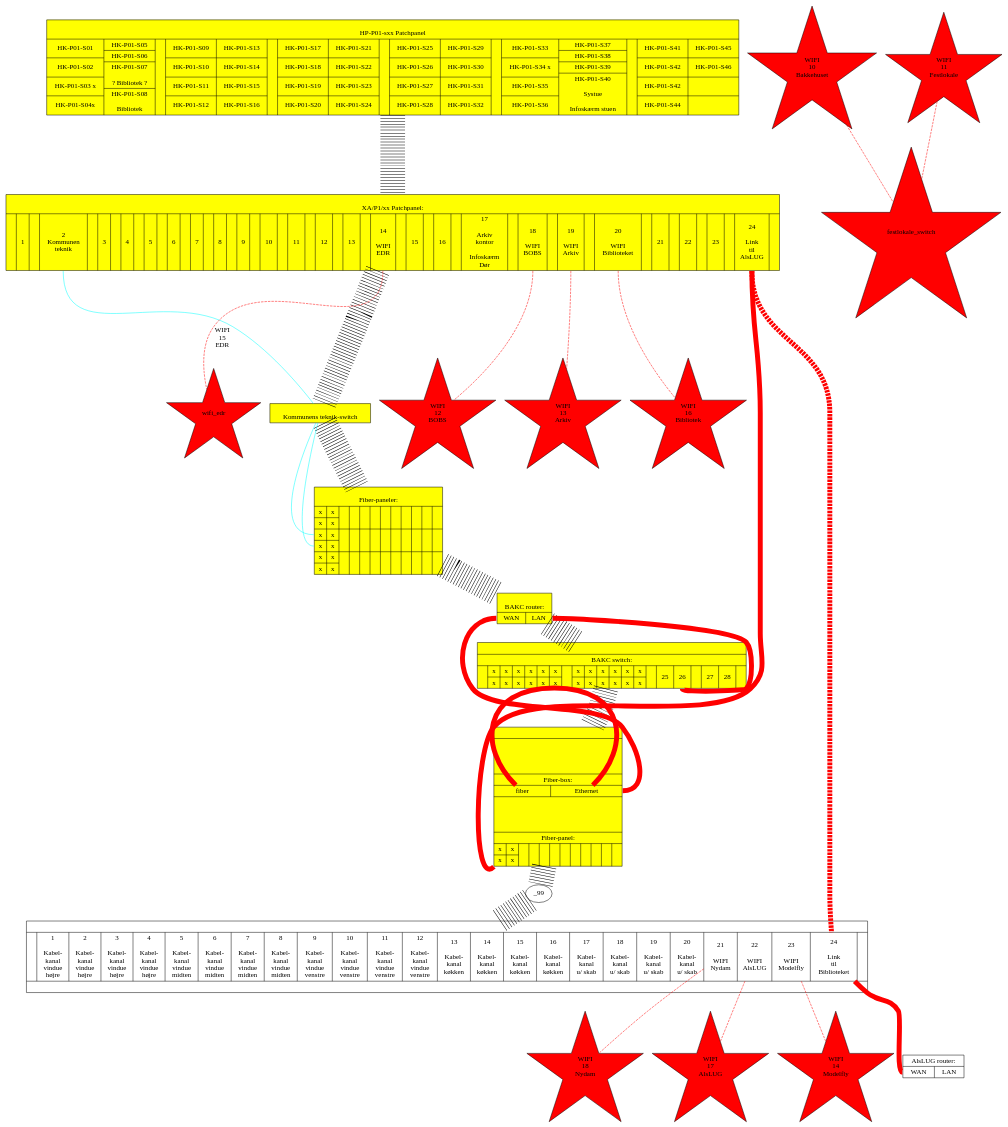
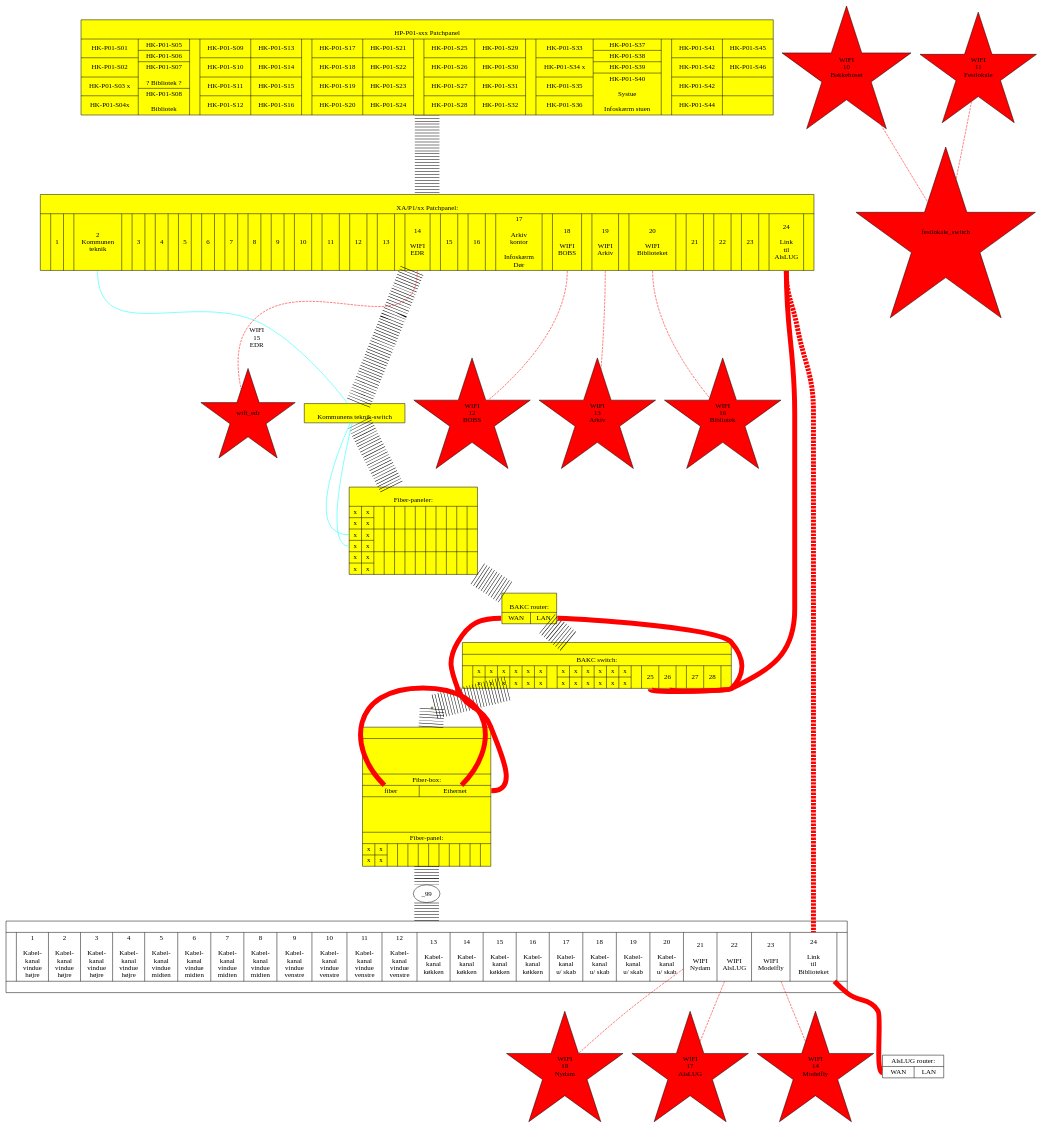
One commit to alslug/alslug.dk changed the diagram in projekter/patch-paneler.dot. Above: the diagram before and after it, drawn with Graphviz.

```diff
--- a/projekter/patch-paneler.dot
+++ b/projekter/patch-paneler.dot
@@ -238,9 +238,9 @@
     alslug_patch:21 -> wifi_nydam;    wifi_nydam      [ label="WIFI\n18\nNydam"      ];
   }
 
-  bib_skab:switch_25 -> xa_p1:24                                       [ color=red penwidth=10 ];
-                        xa_p1:24-> alslug_patch:24                     [ color=red penwidth=10 style=dashed ];
-			           alslug_patch:24-> alslug_router:wan [ color=red penwidth=10 ];
+  bib_switch:25 -> xa_p1:24                                       [ color=red penwidth=10 ];
+                   xa_p1:24-> alslug_patch:24                     [ color=red penwidth=10 style=dashed ];
+                              alslug_patch:24-> alslug_router:wan [ color=red penwidth=10 ];
   
   bib_skab -> _99 -> alslug_patch [ penwidth=50 style=dotted ];
 }
```
